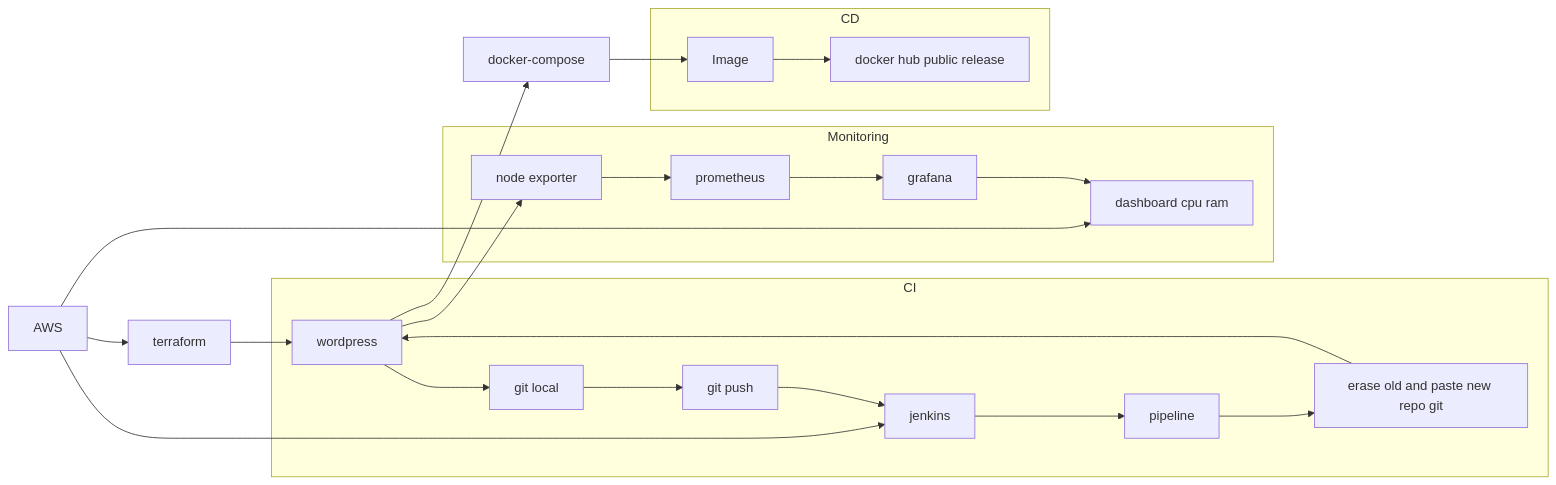
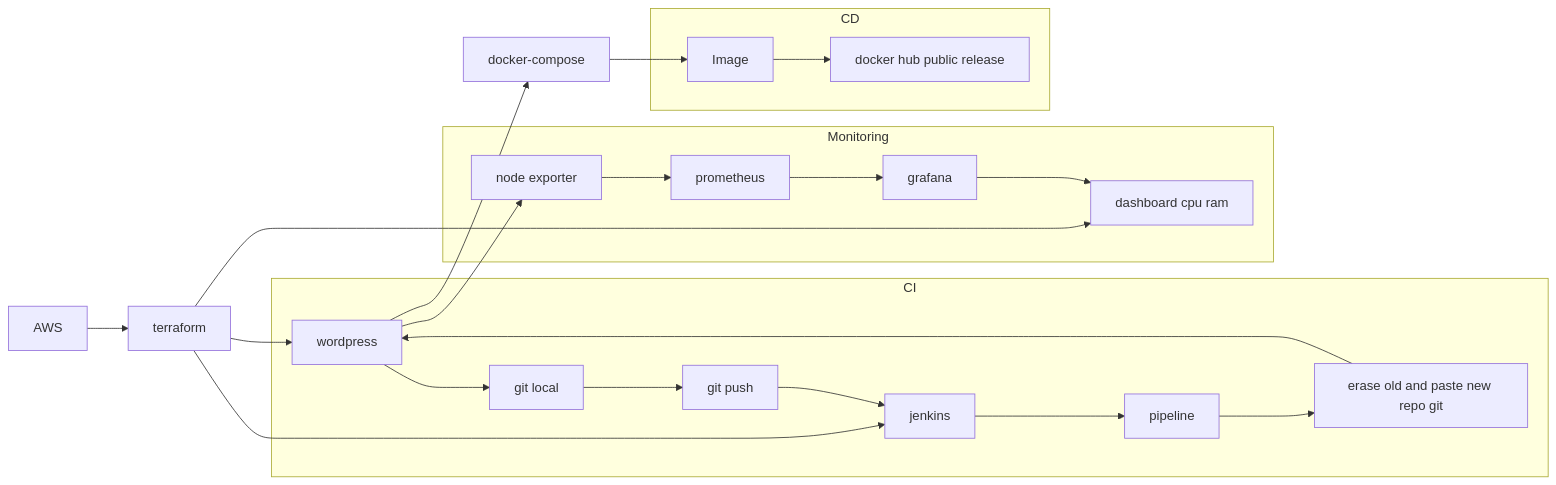
One commit to DanyAAD90/CICD_complete_from_scratch changed the diagram in README.md. Above: the diagram before and after it, drawn with Mermaid.

````diff
--- a/README.md
+++ b/README.md
@@ -4,26 +4,26 @@
 ```mermaid
 flowchart LR
 A[wordpress] --> G[node exporter]
 Z[AWS] --> X[terraform]
 X --> A
-Z --> K
-Z --> J
+X --> K
+X --> J
 subgraph CI
 A --> O[git local]
 O --> P[git push]
 P --> K[jenkins]
 K --> L[pipeline]
 L --> N[erase old and paste new repo git]
 N --> A
 end
 subgraph Monitoring
 G --> H[prometheus]
 H --> I[grafana]
 I --> J[dashboard cpu ram]
 end
 A --> D[docker-compose]
 D --> E[Image]
 subgraph CD
 E --> F[docker hub public release]
 end
 ```
````
